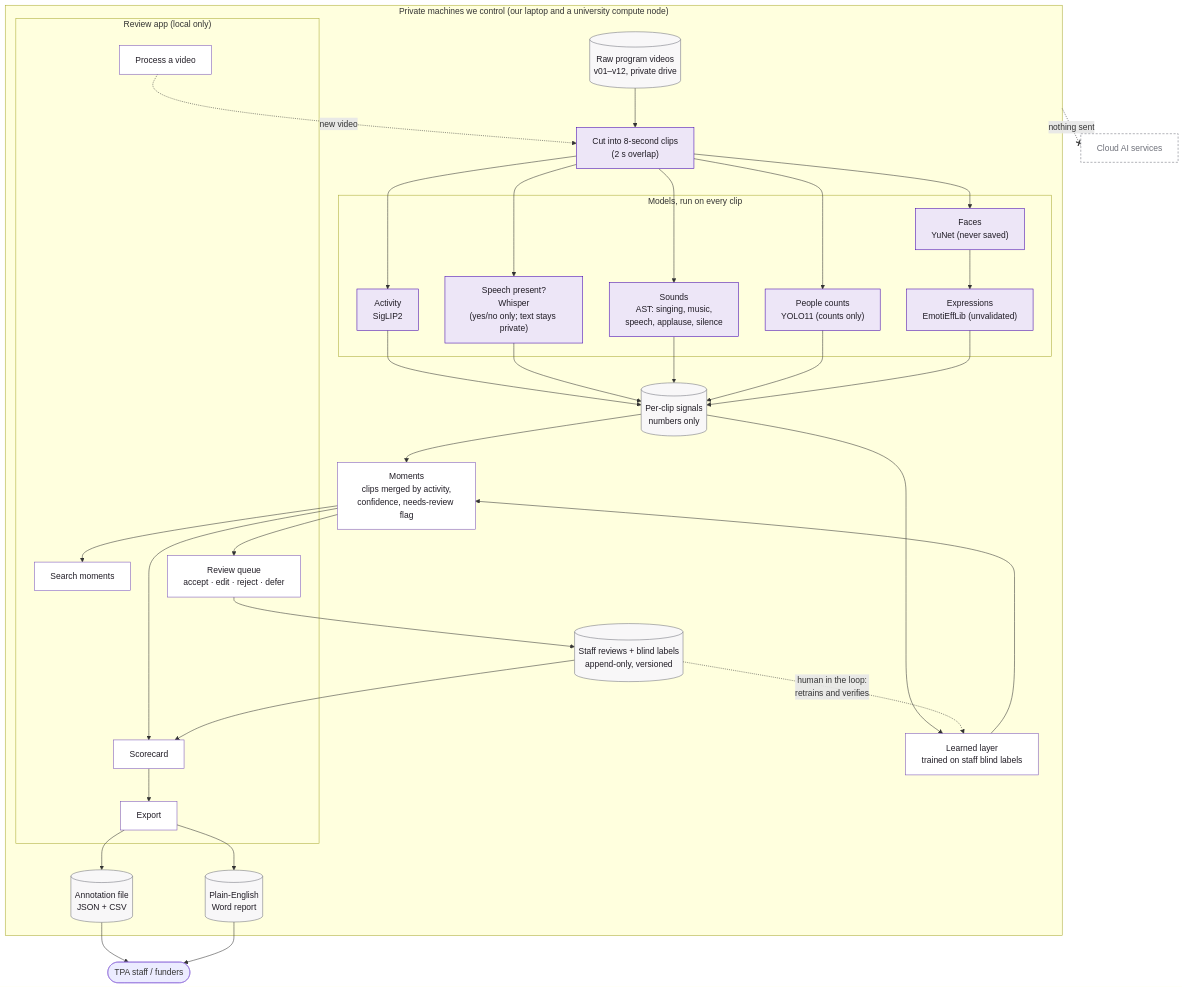
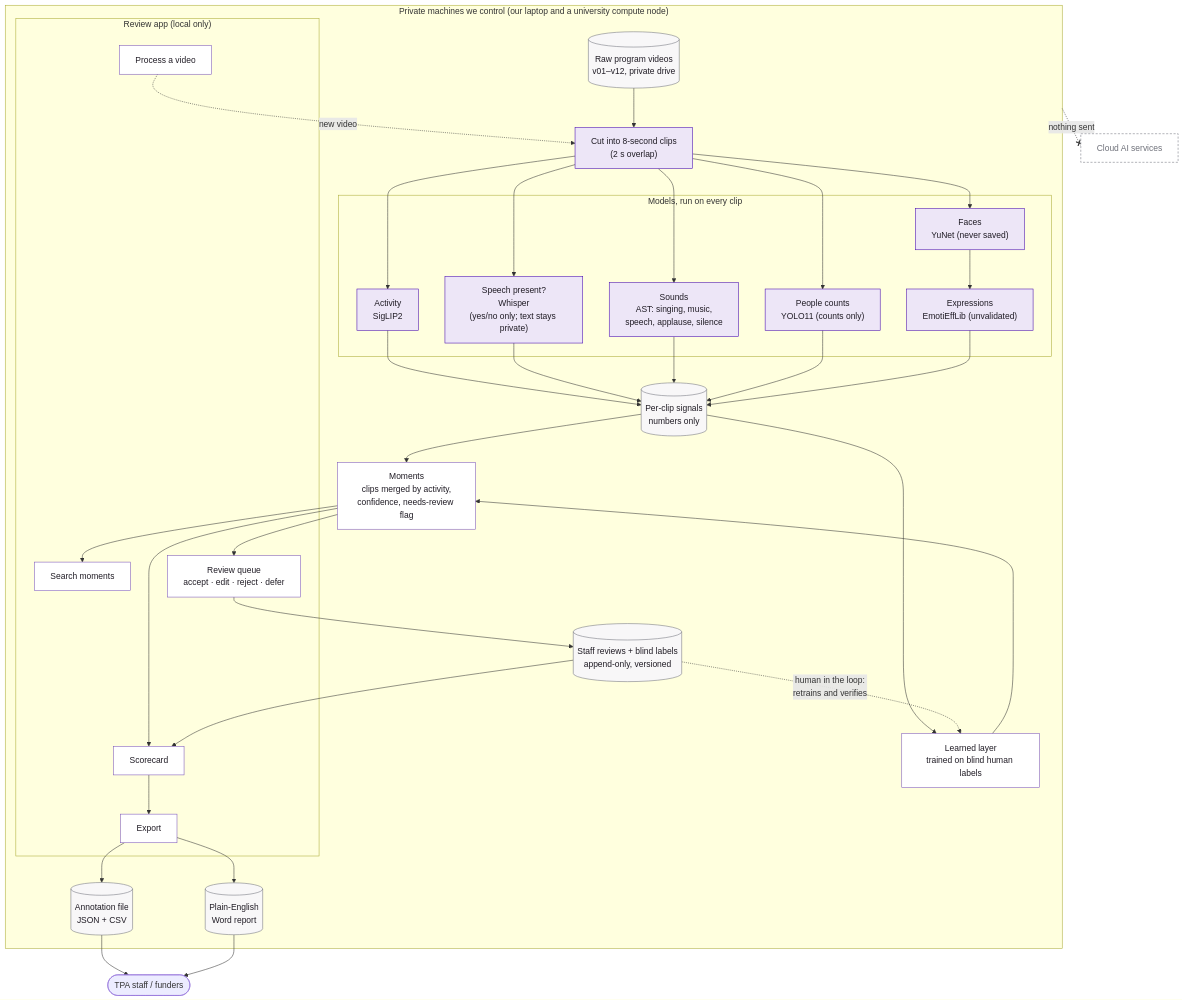
Before and after one commit to ericgdevs/2026-AI4Good-Hackathon: the diagram in docs/architecture.md, drawn with Mermaid. The commit also changed other lines of this file and 21 other files, not shown here.

````diff
--- a/docs/architecture.md
+++ b/docs/architecture.md
@@ -5,53 +5,53 @@
 ```mermaid
 flowchart TD
     subgraph PRIV["Private machines we control (our laptop and a university compute node)"]
         V[("Raw program videos<br/>v01–v12, private drive")] --> SEG["Cut into 8-second clips<br/>(2 s overlap)"]
 
         subgraph MODELS["Models, run on every clip"]
             SIG["Activity<br/>SigLIP2"]
             WH["Speech present?<br/>Whisper<br/>(yes/no only; text stays private)"]
             AST["Sounds<br/>AST: singing, music,<br/>speech, applause, silence"]
             YOLO["People counts<br/>YOLO11 (counts only)"]
             FACE["Faces<br/>YuNet (never saved)"]
             EXPR["Expressions<br/>EmotiEffLib (unvalidated)"]
             FACE --> EXPR
         end
 
         SEG --> SIG & WH & AST & YOLO & FACE
         SIG & WH & AST & YOLO & EXPR --> TAB[("Per-clip signals<br/>numbers only")]
 
         TAB --> MOM["Moments<br/>clips merged by activity,<br/>confidence, needs-review flag"]
-        TAB --> LRN["Learned layer<br/>trained on staff blind labels"]
+        TAB --> LRN["Learned layer<br/>trained on blind human labels"]
         LRN --> MOM
 
         subgraph APP["Review app (local only)"]
             PROC["Process a video"]
             SRCH["Search moments"]
             REV["Review queue<br/>accept · edit · reject · defer"]
             SCORE["Scorecard"]
             EXPT["Export"]
         end
 
         MOM --> SRCH & REV & SCORE
         PROC -. "new video" .-> SEG
         REV --> LOG[("Staff reviews + blind labels<br/>append-only, versioned")]
         LOG -. "human in the loop:<br/>retrains and verifies" .-> LRN
         LOG --> SCORE
         SCORE --> EXPT
 
         EXPT --> JSON[("Annotation file<br/>JSON + CSV")]
         EXPT --> WORD[("Plain-English<br/>Word report")]
     end
 
     JSON & WORD --> USERS(["TPA staff / funders"])
     PRIV -. "nothing sent" .-x CLOUD["Cloud AI services"]
 
     classDef model fill:#EDE6F7,stroke:#4100AD,color:#201C25
     classDef local fill:#FFFFFF,stroke:#7851B9,color:#201C25
     classDef store fill:#F8F7F8,stroke:#6F717A,color:#201C25
     classDef blocked fill:#FFFFFF,stroke:#6F717A,color:#6F717A,stroke-dasharray:4 3
     class SEG,SIG,WH,AST,YOLO,FACE,EXPR model
     class MOM,LRN,PROC,SRCH,REV,SCORE,EXPT local
     class V,TAB,LOG,JSON,WORD store
     class CLOUD blocked
 ```
````
